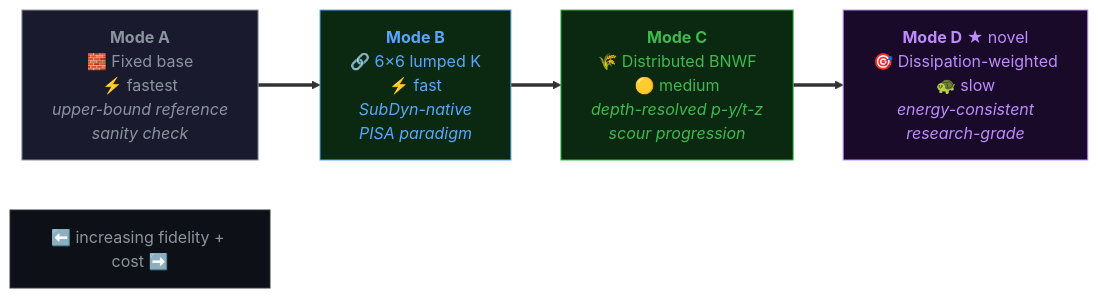
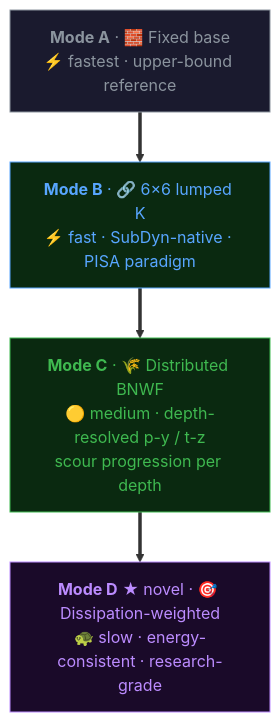
The fourth of 7 diagrams in README.md (ksk5429/numerical_model), drawn with Mermaid before and after one commit. The commit also changed other lines of this file, not shown here.

First line of the commit message:
docs: condense README as landing page + vertical diagrams + collapsibles

````diff
--- a/README.md
+++ b/README.md
@@ -467,36 +495,22 @@
 ```mermaid
-flowchart LR
-    A["`**Mode A**
-    🧱 Fixed base
-    ⚡ fastest
-    _upper-bound reference_
-    _sanity check_`"]
+flowchart TD
+    A["`**Mode A** · 🧱 Fixed base
+    ⚡ fastest · upper-bound reference`"]
 
-    B["`**Mode B**
-    🔗 6×6 lumped K
-    ⚡ fast
-    _SubDyn-native_
-    _PISA paradigm_`"]
+    B["`**Mode B** · 🔗 6×6 lumped K
+    ⚡ fast · SubDyn-native · PISA paradigm`"]
 
-    C["`**Mode C**
-    🌾 Distributed BNWF
-    🟡 medium
-    _depth-resolved p-y/t-z_
-    _scour progression_`"]
+    C["`**Mode C** · 🌾 Distributed BNWF
+    🟡 medium · depth-resolved p-y / t-z
+    scour progression per depth`"]
 
-    D["`**Mode D** ★ novel
-    🎯 Dissipation-weighted
-    🐢 slow
-    _energy-consistent_
-    _research-grade_`"]
+    D["`**Mode D** ★ novel · 🎯 Dissipation-weighted
+    🐢 slow · energy-consistent · research-grade`"]
 
     A ==> B ==> C ==> D
-
-    FID["`⬅️ increasing fidelity + cost ➡️`"]
 
     style A fill:#1a1a2e,stroke:#8b949e,color:#8b949e
     style B fill:#0a2910,stroke:#58a6ff,color:#58a6ff
     style C fill:#0a2910,stroke:#3fb950,color:#3fb950
     style D fill:#1a0a29,stroke:#bc8cff,color:#bc8cff
-    style FID fill:#0d1117,stroke:#30363d,color:#8b949e
 ```
````
